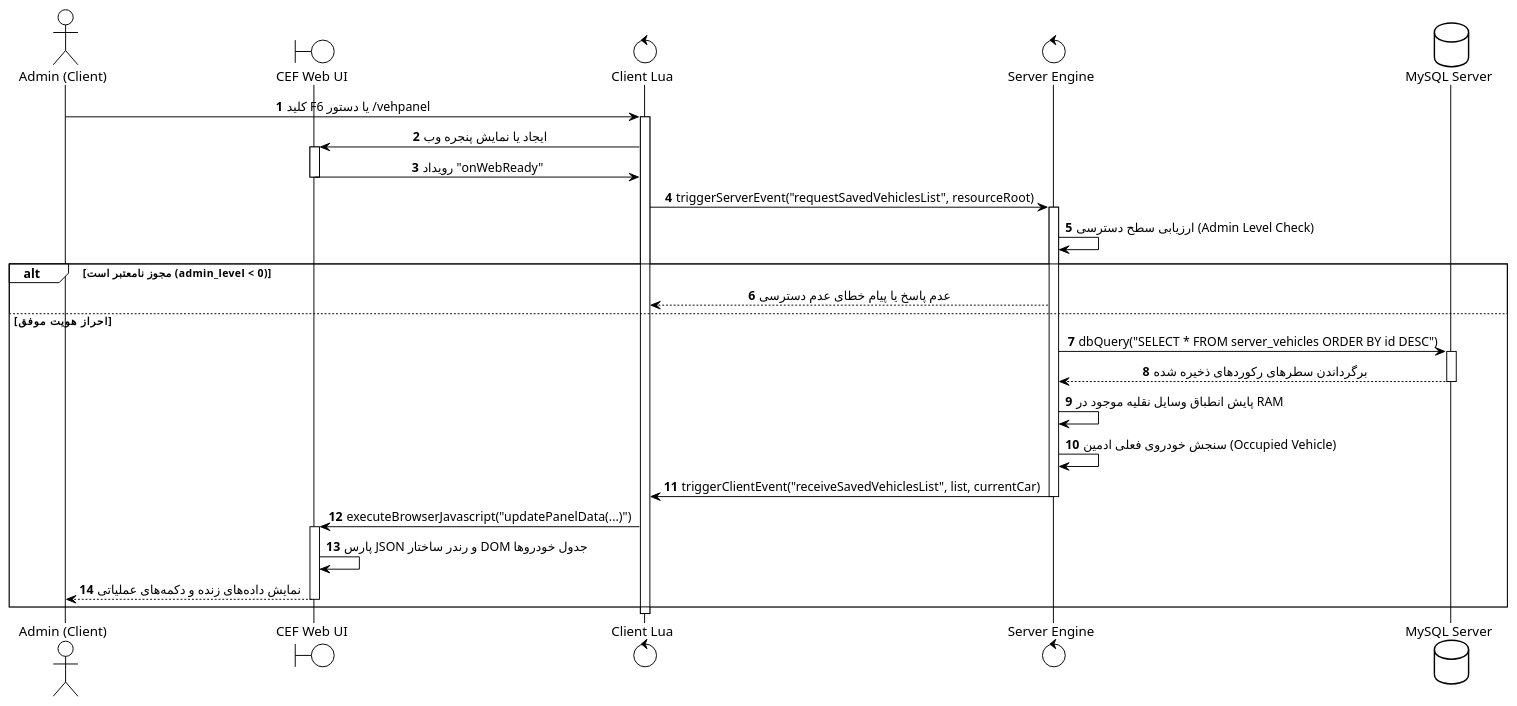
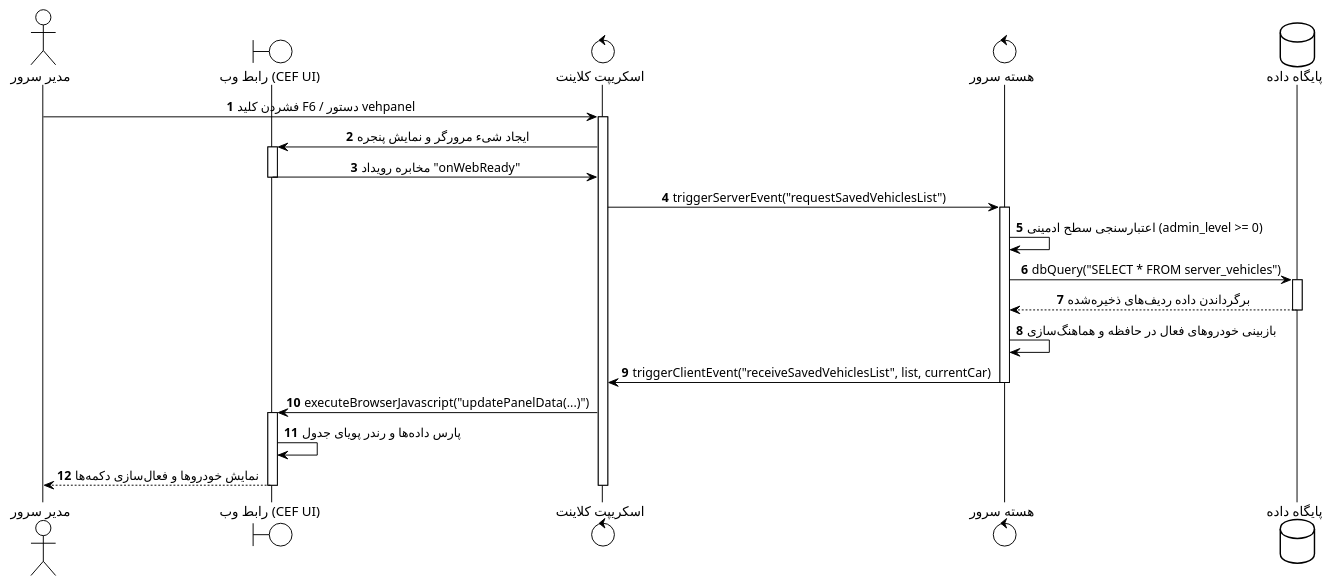
The second of 7 diagrams in resources/admin_vehicles/ReadMe.md (Silent-Galaxy/SilentRP), drawn with PlantUML before and after one commit. The commit also changed other lines of this file, not shown here.

```diff
--- a/resources/admin_vehicles/ReadMe.md
+++ b/resources/admin_vehicles/ReadMe.md
@@ -298,40 +321,34 @@
 @startuml
 !theme plain
 autonumber
 skinparam sequenceMessageAlign center
-skinparam BoxPadding 10
 
-actor "Admin (Client)" as Admin
-boundary "CEF Web UI" as UI
-control "Client Lua" as CL
-control "Server Engine" as SE
-database "MySQL Server" as DB
+actor "مدیر سرور" as Admin
+boundary "رابط وب (CEF UI)" as UI
+control "اسکریپت کلاینت" as CL
+control "هسته سرور" as SE
+database "پایگاه داده" as DB
 
-Admin -> CL: کلید F6 یا دستور /vehpanel
+Admin -> CL: فشردن کلید F6 / دستور vehpanel
 activate CL
-CL -> UI: ایجاد یا نمایش پنجره وب
+CL -> UI: ایجاد شیء مرورگر و نمایش پنجره
 activate UI
-UI -> CL: رویداد "onWebReady"
+UI -> CL: مخابره رویداد "onWebReady"
 deactivate UI
-CL -> SE: triggerServerEvent("requestSavedVehiclesList", resourceRoot)
+CL -> SE: triggerServerEvent("requestSavedVehiclesList")
 activate SE
-SE -> SE: ارزیابی سطح دسترسی (Admin Level Check)
-alt مجوز نامعتبر است (admin_level < 0)
-    SE --> CL: عدم پاسخ یا پیام خطای عدم دسترسی
-else احراز هویت موفق
-    SE -> DB: dbQuery("SELECT * FROM server_vehicles ORDER BY id DESC")
-    activate DB
-    DB --> SE: برگرداندن سطرهای رکوردهای ذخیره شده
-    deactivate DB
-    SE -> SE: پایش انطباق وسایل نقلیه موجود در RAM
-    SE -> SE: سنجش خودروی فعلی ادمین (Occupied Vehicle)
-    SE -> CL: triggerClientEvent("receiveSavedVehiclesList", list, currentCar)
-    deactivate SE
-    CL -> UI: executeBrowserJavascript("updatePanelData(...)")
-    activate UI
-    UI -> UI: پارس JSON و رندر ساختار DOM جدول خودروها
-    UI --> Admin: نمایش داده‌های زنده و دکمه‌های عملیاتی
-    deactivate UI
-end
+SE -> SE: اعتبارسنجی سطح ادمینی (admin_level >= 0)
+SE -> DB: dbQuery("SELECT * FROM server_vehicles")
+activate DB
+DB --> SE: برگرداندن داده ردیف‌های ذخیره‌شده
+deactivate DB
+SE -> SE: بازبینی خودروهای فعال در حافظه و هماهنگ‌سازی
+SE -> CL: triggerClientEvent("receiveSavedVehiclesList", list, currentCar)
+deactivate SE
+CL -> UI: executeBrowserJavascript("updatePanelData(...)")
+activate UI
+UI -> UI: پارس داده‌ها و رندر پویای جدول
+UI --> Admin: نمایش خودروها و فعال‌سازی دکمه‌ها
+deactivate UI
 deactivate CL
 @enduml
```
